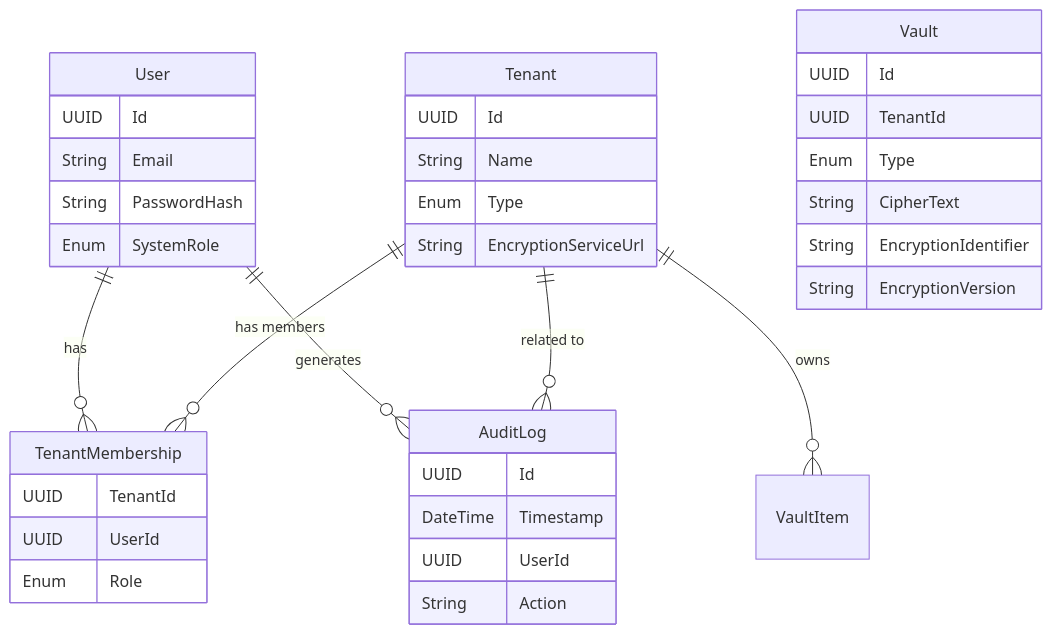
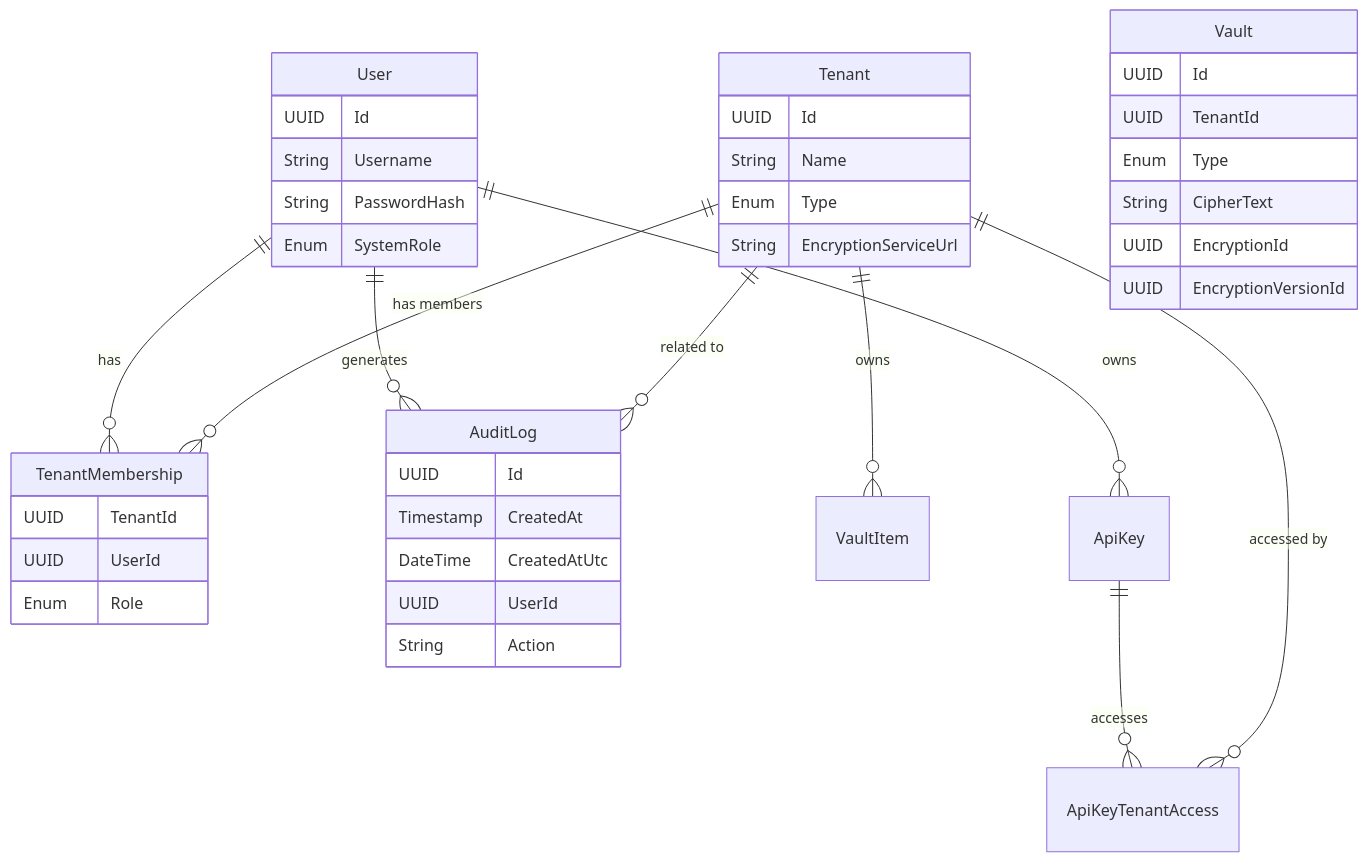
Before and after one commit to monier/afina: the diagram in docs/data_model.md, drawn with Mermaid. The commit also changed other lines of this file and 3 other files, not shown here.

Commit message:
docs(design): refactor auth to username/api-keys, rename encryption entities and align data models

````diff
--- a/docs/data_model.md
+++ b/docs/data_model.md
@@ -99,44 +141,49 @@
 ```mermaid
 erDiagram
     User ||--o{ TenantMembership : "has"
     User ||--o{ AuditLog : "generates"
     Tenant ||--o{ TenantMembership : "has members"
     Tenant ||--o{ VaultItem : "owns"
     Tenant ||--o{ AuditLog : "related to"
     
+    User ||--o{ ApiKey : "owns"
+    ApiKey ||--o{ ApiKeyTenantAccess : "accesses"
+    Tenant ||--o{ ApiKeyTenantAccess : "accessed by"
+
     User {
         UUID Id
-        String Email
+        String Username
         String PasswordHash
         Enum SystemRole
     }
 
     Tenant {
         UUID Id
         String Name
         Enum Type
         String EncryptionServiceUrl
     }
 
     TenantMembership {
         UUID TenantId
         UUID UserId
         Enum Role
     }
 
     Vault {
         UUID Id
         UUID TenantId
         Enum Type
         String CipherText
-        String EncryptionIdentifier
-        String EncryptionVersion
+        UUID EncryptionId
+        UUID EncryptionVersionId
     }
 
     AuditLog {
         UUID Id
-        DateTime Timestamp
+        Timestamp CreatedAt
+        DateTime CreatedAtUtc
         UUID UserId
         String Action
     }
 ```
````
